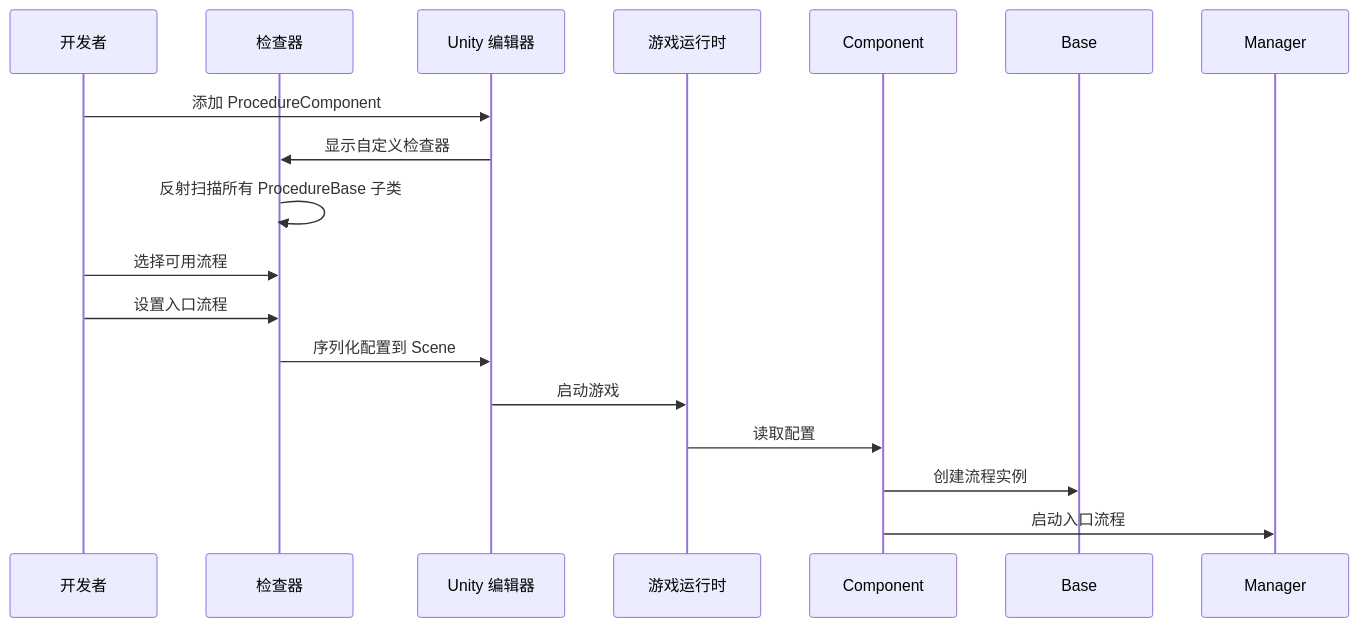
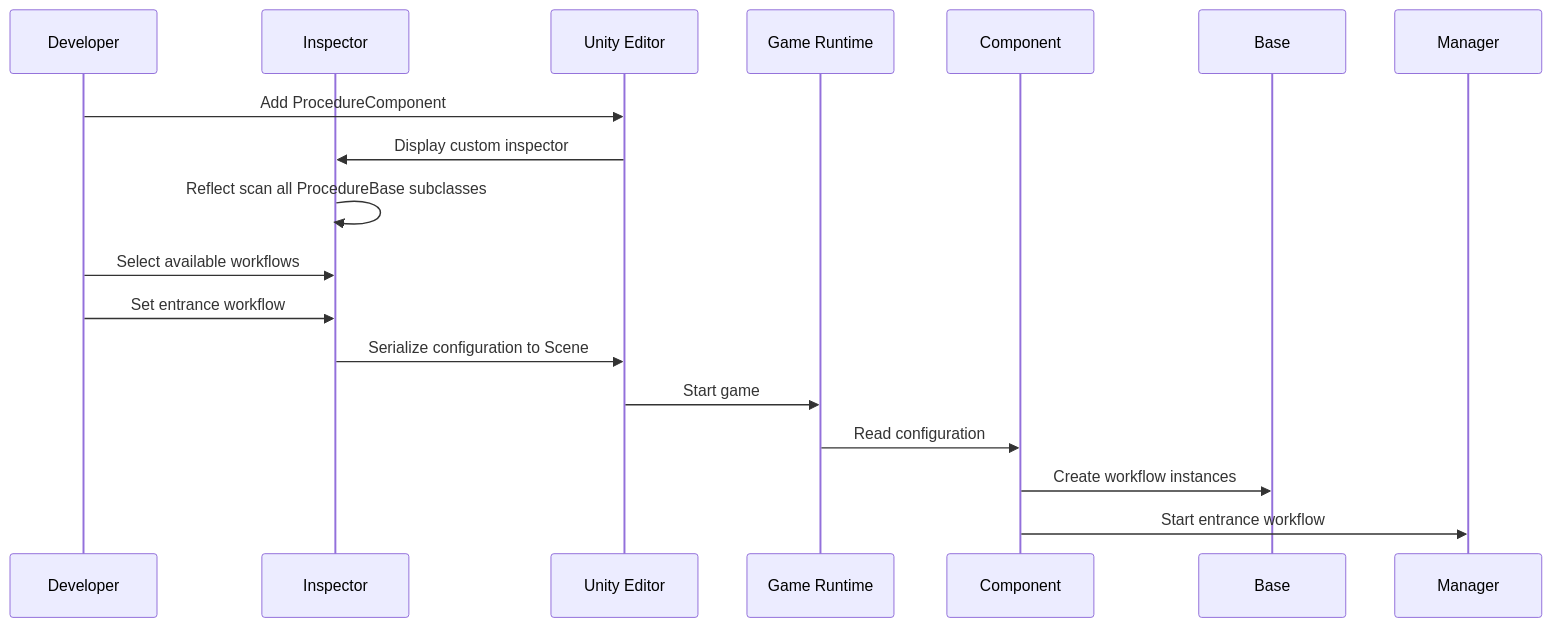
Before and after one commit to AlianBlank/GameFrameX.Docs: the second of 2 diagrams in docs/en/client/unity/component/procedure/10.editor-usage.md, drawn with Mermaid. The commit also changed other lines of this file and 242 other files, not shown here.

First line of the commit message:
docs(en/unity/component): 补全组件目录文档

````diff
--- a/docs/en/client/unity/component/procedure/10.editor-usage.md
+++ b/docs/en/client/unity/component/procedure/10.editor-usage.md
@@ -42,18 +42,18 @@
 ```mermaid
 sequenceDiagram
-    participant Dev as 开发者
-    participant Inspector as 检查器
-    participant Unity as Unity 编辑器
-    participant Game as 游戏运行时
+    participant Dev as Developer
+    participant Inspector as Inspector
+    participant Unity as Unity Editor
+    participant Game as Game Runtime
 
-    Dev->>Unity: 添加 ProcedureComponent
-    Unity->>Inspector: 显示自定义检查器
-    Inspector->>Inspector: 反射扫描所有 ProcedureBase 子类
-    Dev->>Inspector: 选择可用流程
-    Dev->>Inspector: 设置入口流程
-    Inspector->>Unity: 序列化配置到 Scene
-    Unity->>Game: 启动游戏
-    Game->>Component: 读取配置
-    Component->>Base: 创建流程实例
-    Component->>Manager: 启动入口流程
+    Dev->>Unity: Add ProcedureComponent
+    Unity->>Inspector: Display custom inspector
+    Inspector->>Inspector: Reflect scan all ProcedureBase subclasses
+    Dev->>Inspector: Select available workflows
+    Dev->>Inspector: Set entrance workflow
+    Inspector->>Unity: Serialize configuration to Scene
+    Unity->>Game: Start game
+    Game->>Component: Read configuration
+    Component->>Base: Create workflow instances
+    Component->>Manager: Start entrance workflow
 ```
````
